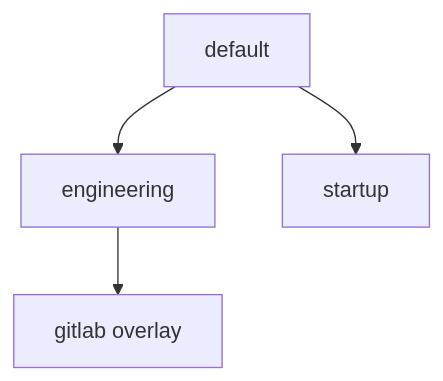
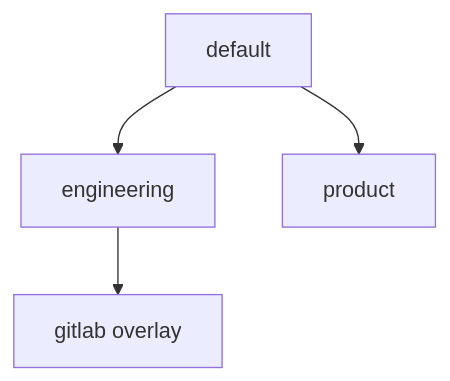
Before and after one commit to krerapus/agent-harness-blueprint: the second of 2 diagrams in docs/setup.md, drawn with Mermaid. The commit also changed other lines of this file and 81 other files, not shown here.

````diff
--- a/docs/setup.md
+++ b/docs/setup.md
@@ -107,6 +107,6 @@
 ```mermaid
 flowchart TB
   default[default] --> engineering[engineering]
-  default --> startup[startup]
+  default --> product[product]
   engineering --> gitlab[gitlab overlay]
 ```
````
